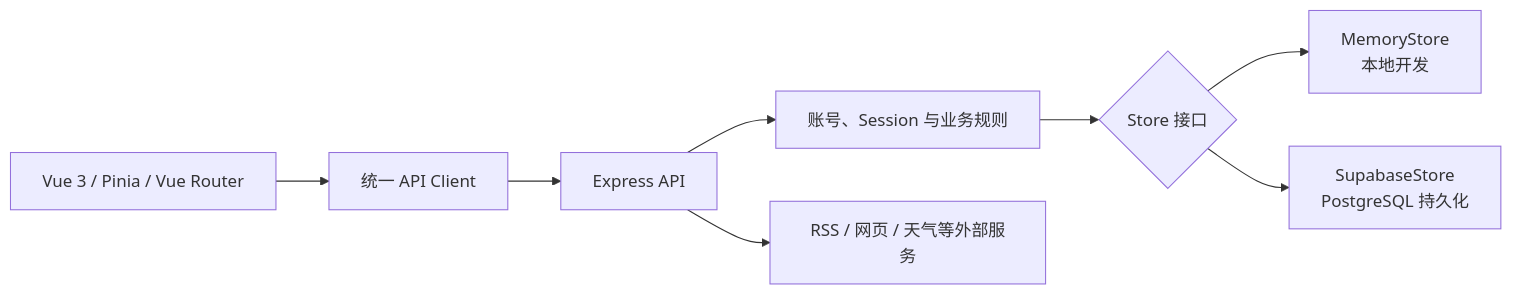
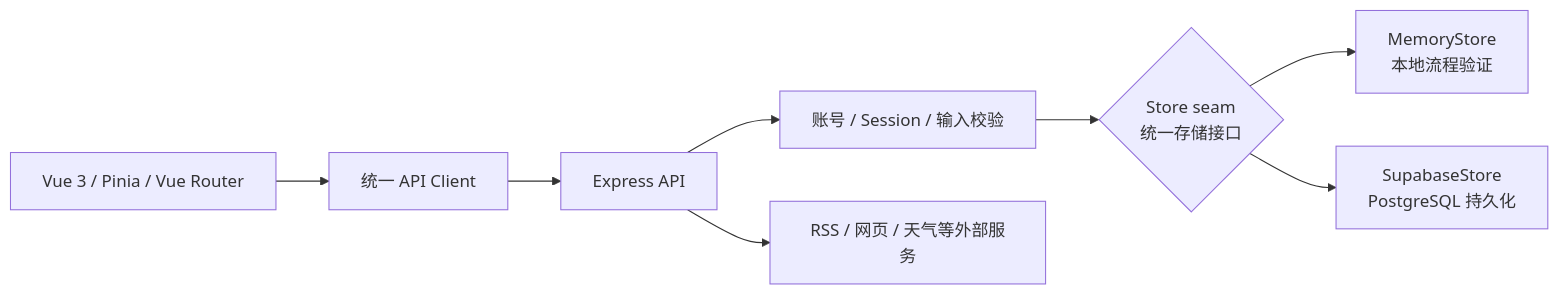
Before and after one commit to DaNN-55/LifeFlow: the diagram in README.md, drawn with Mermaid. The commit also changed other lines of this file and 3 other files, not shown here.

````diff
--- a/README.md
+++ b/README.md
@@ -62,10 +62,10 @@
 ```mermaid
 flowchart LR
-    UI["Vue 3 / Pinia / Vue Router"] --> API["统一 API Client"]
-    API --> Server["Express API"]
-    Server --> Auth["账号、Session 与业务规则"]
-    Auth --> Store{"Store 接口"}
-    Store --> Memory["MemoryStore<br/>本地开发"]
+    UI["Vue 3 / Pinia / Vue Router"] --> Client["统一 API Client"]
+    Client --> Server["Express API"]
+    Server --> Auth["账号 / Session / 输入校验"]
+    Auth --> Store{"Store seam<br/>统一存储接口"}
+    Store --> Memory["MemoryStore<br/>本地流程验证"]
     Store --> Supabase["SupabaseStore<br/>PostgreSQL 持久化"]
     Server --> External["RSS / 网页 / 天气等外部服务"]
 ```
````
